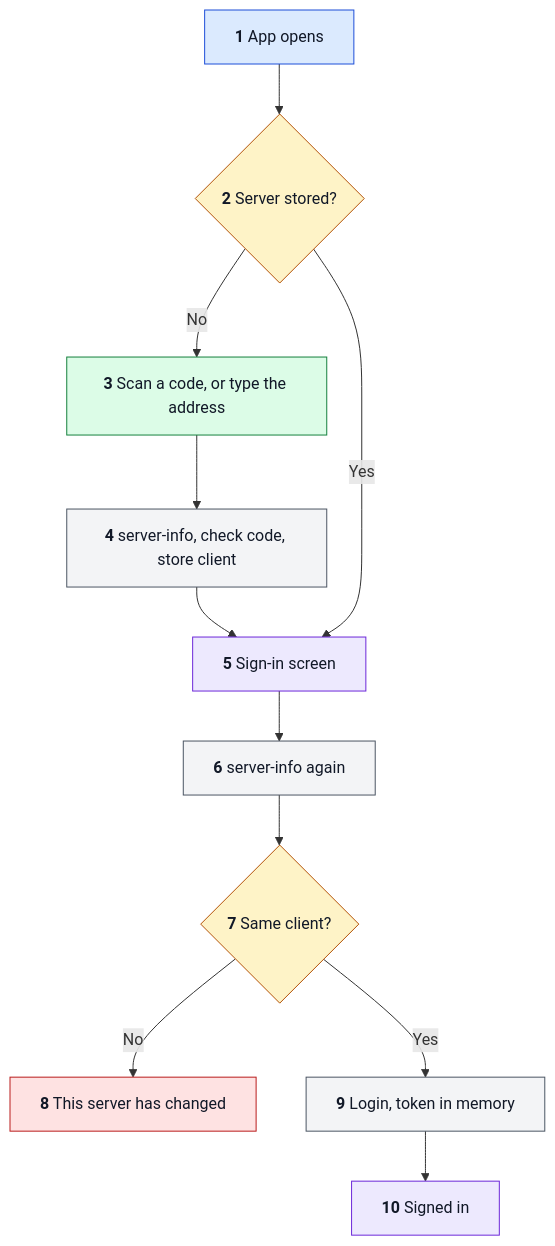
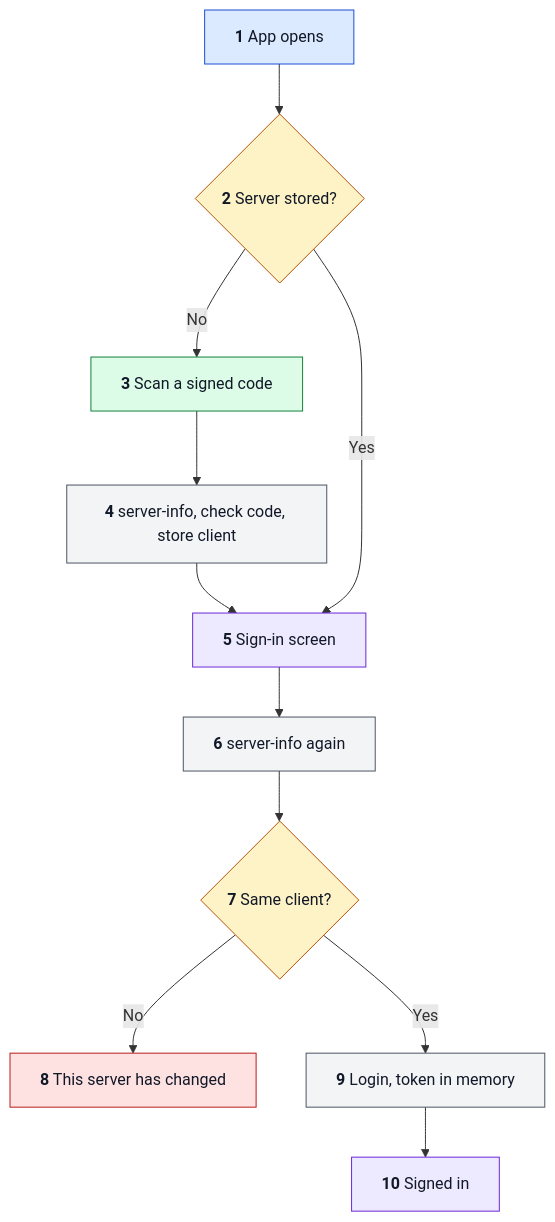
The first of 5 diagrams in docs/FLOW.md (hamza-aziz-ai/Face-Dataset-Collector), drawn with Mermaid before and after one commit. The commit also changed other lines of this file and 18 other files, not shown here.

````diff
--- a/docs/FLOW.md
+++ b/docs/FLOW.md
@@ -22,19 +22,19 @@
 ```mermaid
 flowchart TD
     classDef way fill:#dbeafe,stroke:#1d4ed8,color:#111827
     classDef step fill:#dcfce7,stroke:#15803d,color:#111827
     classDef choice fill:#fef3c7,stroke:#b45309,color:#111827
     classDef seen fill:#ede9fe,stroke:#6d28d9,color:#111827
     classDef bad fill:#fee2e2,stroke:#b91c1c,color:#111827
     classDef outside fill:#f3f4f6,stroke:#4b5563,color:#111827
     A["`**1** App opens`"]:::way --> B{"`**2** Server stored?`"}:::choice
-    B -->|No| C["`**3** Scan a code, or type the address`"]:::step
+    B -->|No| C["`**3** Scan a signed code`"]:::step
     C --> D["`**4** server-info, check code, store client`"]:::outside
     D --> E["`**5** Sign-in screen`"]:::seen
     B -->|Yes| E
     E --> F["`**6** server-info again`"]:::outside
     F --> G{"`**7** Same client?`"}:::choice
     G -->|No| H["`**8** This server has changed`"]:::bad
     G -->|Yes| I["`**9** Login, token in memory`"]:::outside
     I --> J["`**10** Signed in`"]:::seen
 ```
````
